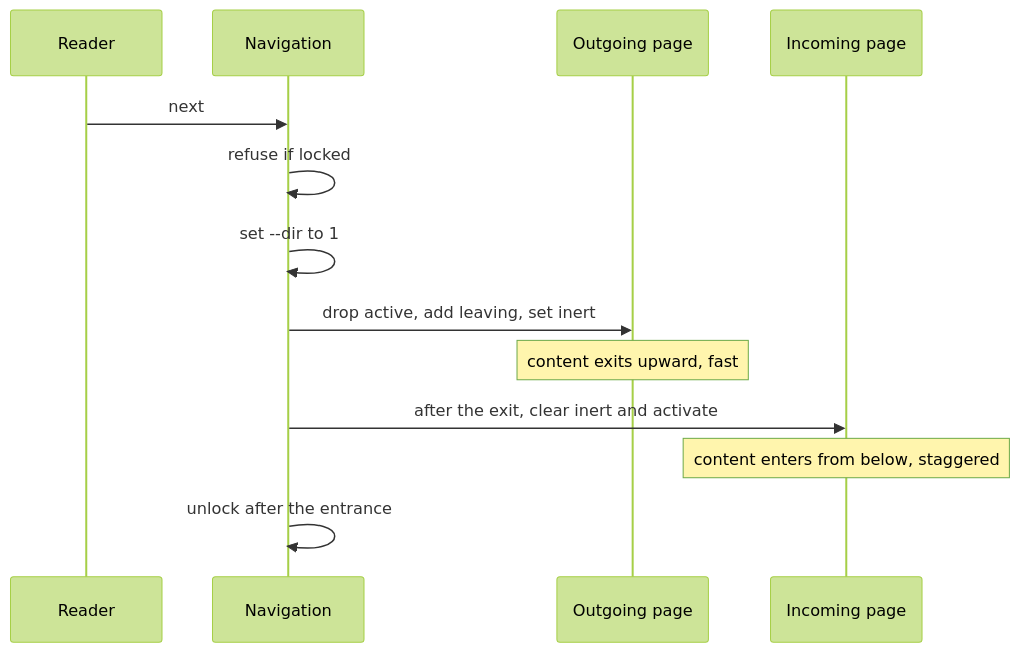
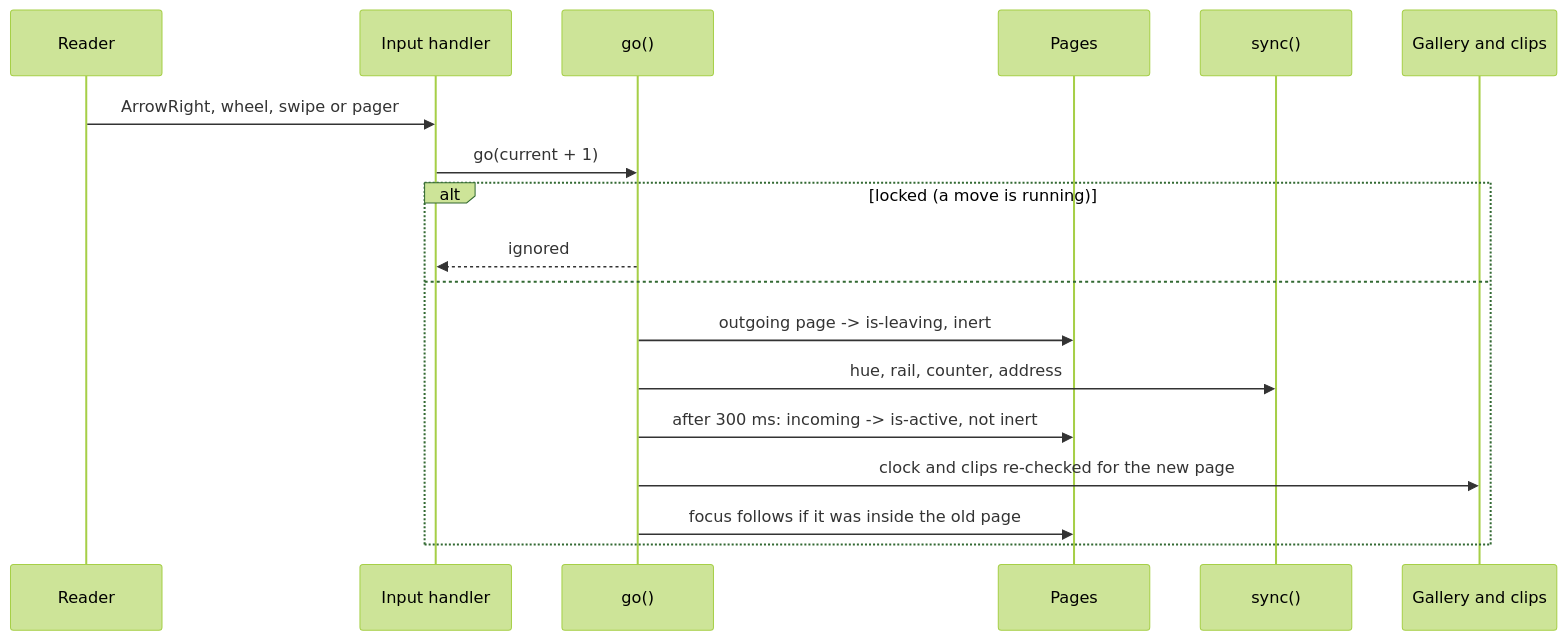
Before and after one commit to MoAbboud/PortFolio: the third of 3 diagrams in resume/requirements/03-architecture.md, drawn with Mermaid (forest theme). The commit also changed other lines of this file and 6 other files, not shown here.

Commit message:
resume: rewrite requirements docs around the current page

````diff
--- a/resume/requirements/03-architecture.md
+++ b/resume/requirements/03-architecture.md
@@ -112,16 +82,21 @@
 ```mermaid
 sequenceDiagram
-    participant R as Reader
-    participant N as Navigation
-    participant O as Outgoing page
-    participant I as Incoming page
+    participant U as Reader
+    participant K as Input handler
+    participant G as go()
+    participant P as Pages
+    participant S as sync()
+    participant C as Gallery and clips
 
-    R->>N: next
-    N->>N: refuse if locked
-    N->>N: set --dir to 1
-    N->>O: drop active, add leaving, set inert
-    Note over O: content exits upward, fast
-    N->>I: after the exit, clear inert and activate
-    Note over I: content enters from below, staggered
-    N->>N: unlock after the entrance
+    U->>K: ArrowRight, wheel, swipe or pager
+    K->>G: go(current + 1)
+    alt locked (a move is running)
+        G-->>K: ignored
+    else
+        G->>P: outgoing page -> is-leaving, inert
+        G->>S: hue, rail, counter, address
+        G->>P: after 300 ms: incoming -> is-active, not inert
+        G->>C: clock and clips re-checked for the new page
+        G->>P: focus follows if it was inside the old page
+    end
 ```
````
